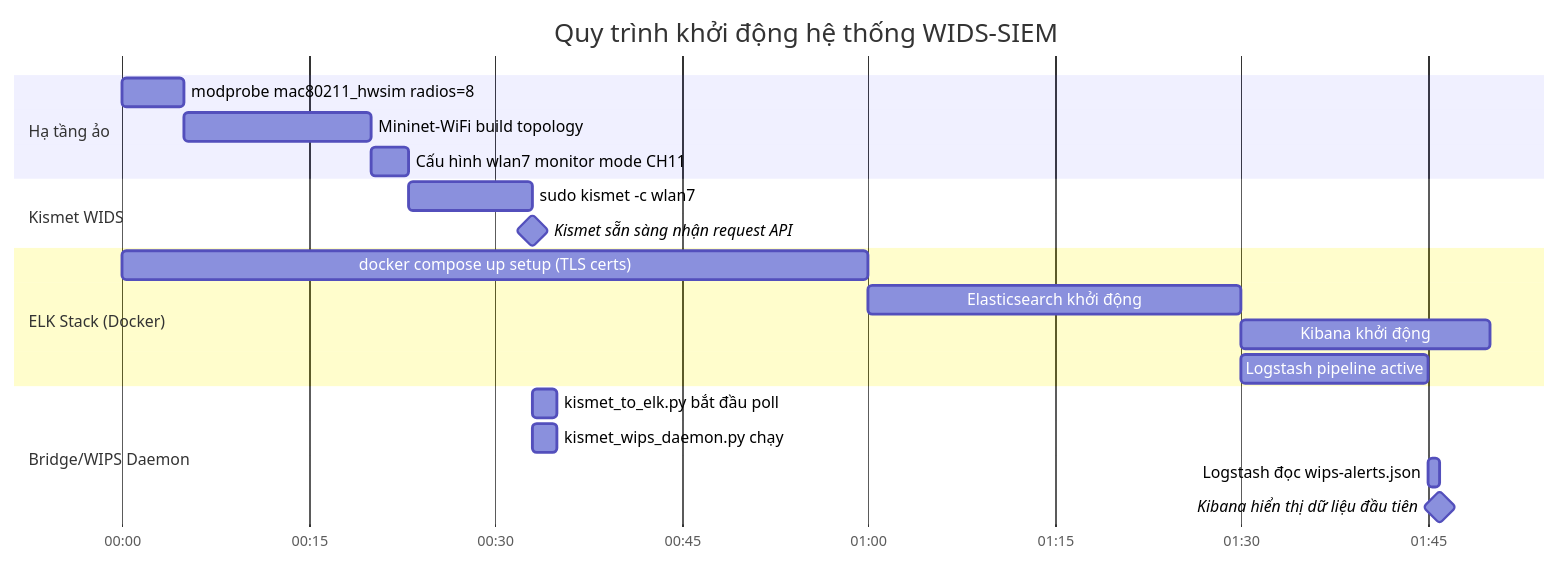
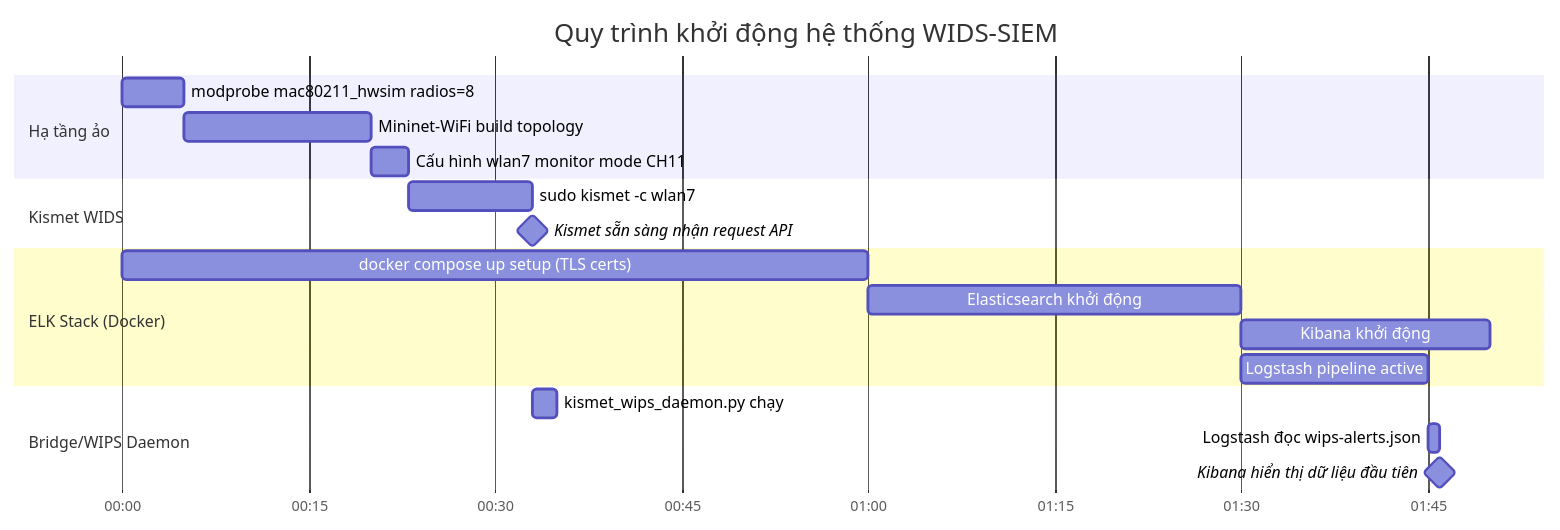
The sixth of 7 diagrams in DATA_FLOW.md (ph4n10m1808/wireless-mobile-network-security-project), drawn with Mermaid before and after one commit. The commit also changed other lines of this file and 14 other files, not shown here.

````diff
--- a/DATA_FLOW.md
+++ b/DATA_FLOW.md
@@ -276,27 +262,26 @@
 ```mermaid
 gantt
     title Quy trình khởi động hệ thống WIDS-SIEM
     dateFormat  mm:ss
     axisFormat  %M:%S
 
     section Hạ tầng ảo
     modprobe mac80211_hwsim radios=8      :a1, 00:00, 5s
     Mininet-WiFi build topology            :a2, after a1, 15s
     Cấu hình wlan7 monitor mode CH11      :a3, after a2, 3s
 
     section Kismet WIDS
     sudo kismet -c wlan7                   :b1, after a3, 10s
     Kismet sẵn sàng nhận request API      :milestone, b2, after b1, 0s
 
     section ELK Stack (Docker)
     docker compose up setup (TLS certs)    :c1, 00:00, 60s
     Elasticsearch khởi động               :c2, after c1, 30s
     Kibana khởi động                       :c3, after c2, 20s
     Logstash pipeline active               :c4, after c2, 15s
 
     section Bridge/WIPS Daemon
-    kismet_to_elk.py bắt đầu poll         :d1, after b2, 2s
     kismet_wips_daemon.py chạy            :d2, after b2, 2s
     Logstash đọc wips-alerts.json         :d3, after c4, 1s
     Kibana hiển thị dữ liệu đầu tiên      :milestone, d4, after d3, 0s
 ```
````
